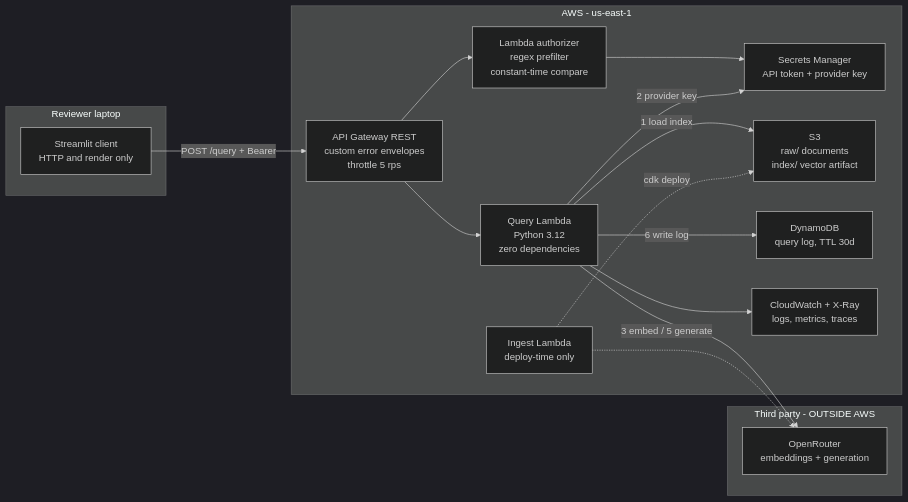
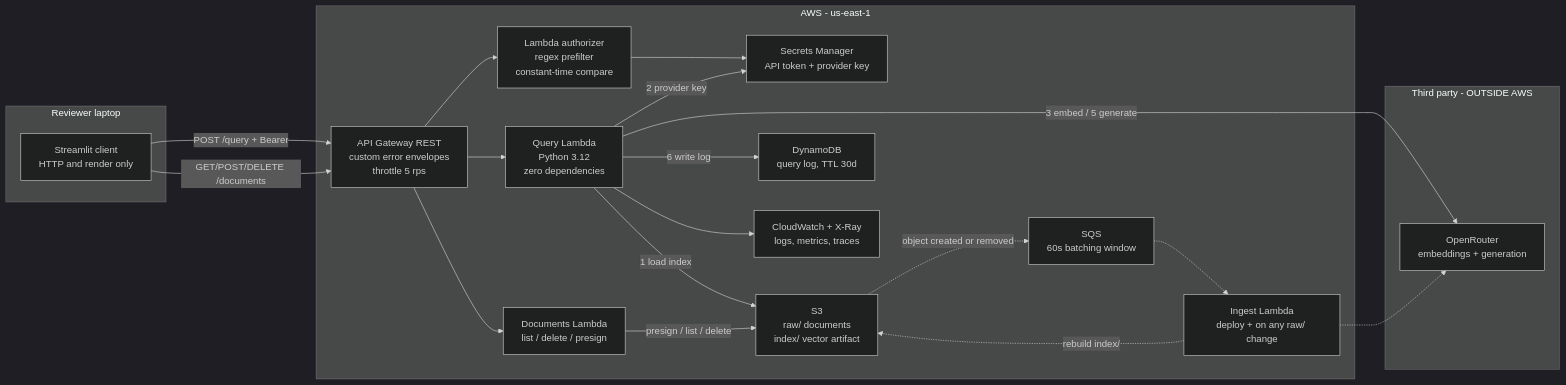
The first of 2 diagrams in README.md (Moiches/kb-agent-aws), drawn with Mermaid (dark theme) before and after one commit. The commit also changed other lines of this file and 72 other files, not shown here.

````diff
--- a/README.md
+++ b/README.md
@@ -106,33 +129,40 @@
 ```mermaid
 flowchart LR
     subgraph LOCAL["Reviewer laptop"]
         ST["Streamlit client<br/>HTTP and render only"]
     end
 
     subgraph AWS["AWS - us-east-1"]
         APIGW["API Gateway REST<br/>custom error envelopes<br/>throttle 5 rps"]
         AUTH["Lambda authorizer<br/>regex prefilter<br/>constant-time compare"]
         QL["Query Lambda<br/>Python 3.12<br/>zero dependencies"]
         SEC["Secrets Manager<br/>API token + provider key"]
         S3["S3<br/>raw/ documents<br/>index/ vector artifact"]
         DDB["DynamoDB<br/>query log, TTL 30d"]
         OBS["CloudWatch + X-Ray<br/>logs, metrics, traces"]
-        IL["Ingest Lambda<br/>deploy-time only"]
+        DL["Documents Lambda<br/>list / delete / presign"]
+        SQS["SQS<br/>60s batching window"]
+        IL["Ingest Lambda<br/>deploy + on any raw/ change"]
     end
 
     subgraph EXT["Third party - OUTSIDE AWS"]
         OR["OpenRouter<br/>embeddings + generation"]
     end
 
     ST -->|"POST /query + Bearer"| APIGW
     APIGW --> AUTH
     AUTH --> SEC
     APIGW --> QL
     QL -->|"1 load index"| S3
     QL -->|"2 provider key"| SEC
     QL -->|"3 embed / 5 generate"| OR
     QL -->|"6 write log"| DDB
     QL --> OBS
-    IL -.->|"cdk deploy"| S3
+    ST -->|"GET/POST/DELETE /documents"| APIGW
+    APIGW --> DL
+    DL -->|"presign / list / delete"| S3
+    S3 -.->|"object created or removed"| SQS
+    SQS -.-> IL
+    IL -.->|"rebuild index/"| S3
     IL -.-> OR
 ```
````
